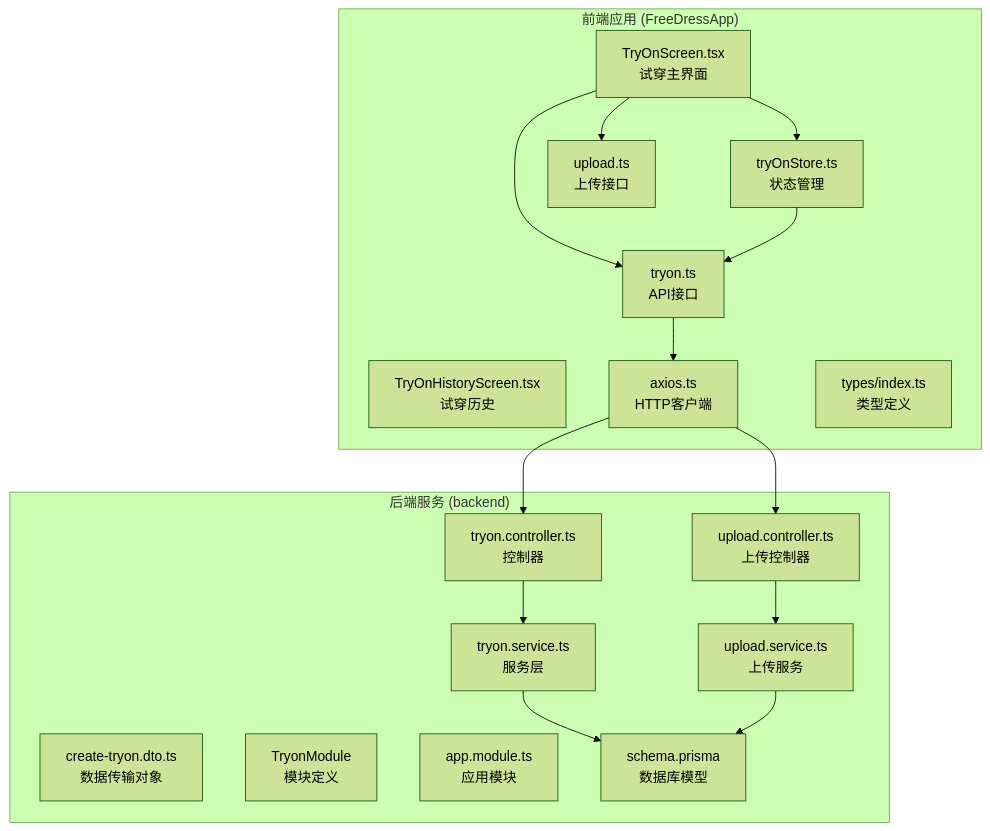
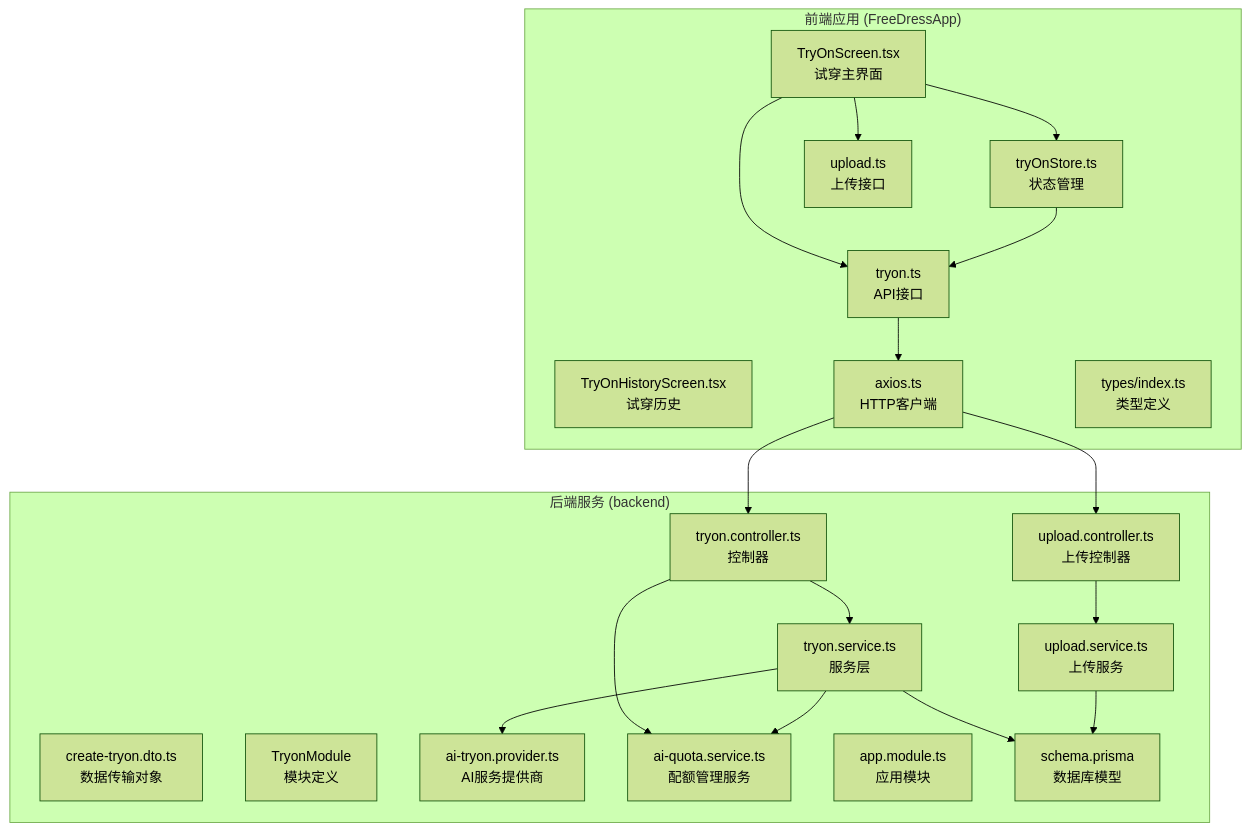
The first of 13 diagrams in .qoder/repowiki/zh/content/后端开发指南/核心模块详解/AI试穿模块.md (lsqwawa/free-dress), drawn with Mermaid (forest theme) before and after one commit. The commit also changed other lines of this file and 62 other files, not shown here.

````diff
--- a/.qoder/repowiki/zh/content/后端开发指南/核心模块详解/AI试穿模块.md
+++ b/.qoder/repowiki/zh/content/后端开发指南/核心模块详解/AI试穿模块.md
@@ -60,33 +65,38 @@
 ```mermaid
 graph TB
 subgraph "前端应用 (FreeDressApp)"
 TS[TryOnScreen.tsx<br/>试穿主界面]
 THS[TryOnHistoryScreen.tsx<br/>试穿历史]
 TOS[tryOnStore.ts<br/>状态管理]
 TA[tryon.ts<br/>API接口]
 TU[upload.ts<br/>上传接口]
 AX[axios.ts<br/>HTTP客户端]
 TY[types/index.ts<br/>类型定义]
 end
 subgraph "后端服务 (backend)"
 TC[tryon.controller.ts<br/>控制器]
 TSVC[tryon.service.ts<br/>服务层]
 TDTO[create-tryon.dto.ts<br/>数据传输对象]
 TM[TryonModule<br/>模块定义]
+TAP[ai-tryon.provider.ts<br/>AI服务提供商]
+AQS[ai-quota.service.ts<br/>配额管理服务]
 UC[upload.controller.ts<br/>上传控制器]
 US[upload.service.ts<br/>上传服务]
 AM[app.module.ts<br/>应用模块]
 PRISMA[schema.prisma<br/>数据库模型]
 end
 TS --> TOS
 TS --> TA
 TS --> TU
 TOS --> TA
 TA --> AX
 AX --> TC
 AX --> UC
 TC --> TSVC
+TC --> AQS
+TSVC --> TAP
+TSVC --> AQS
 UC --> US
 TSVC --> PRISMA
 US --> PRISMA
 ```
````
